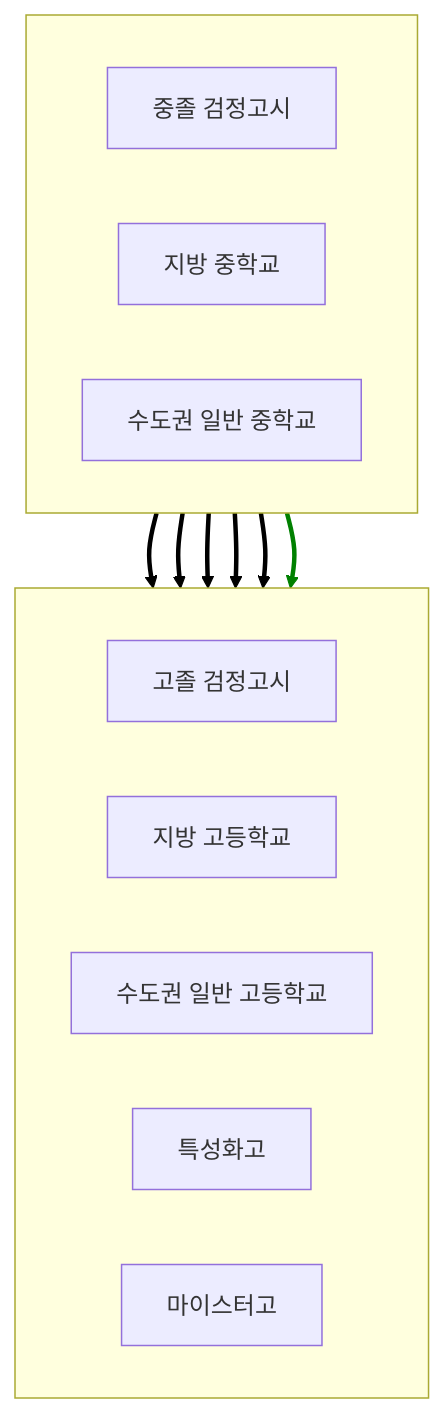
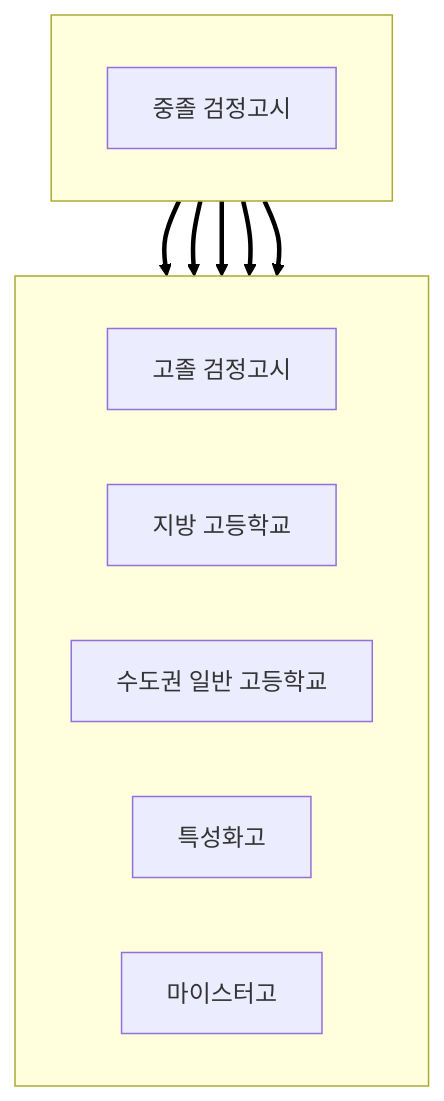
Before and after one commit to Doyouwanttoliveforever/Doyouwanttoliveforever.github.io: the second of 3 diagrams in _posts/2026-02-22-path guide for young students.md, drawn with Mermaid. The commit also changed other lines of this file, not shown here.

````diff
--- a/_posts/2026-02-22-path guide for young students.md
+++ b/_posts/2026-02-22-path guide for young students.md
@@ -54,34 +54,29 @@
 ```mermaid
 flowchart TD
 
     %% 중학교 레벨
     subgraph MiddleSchool [" "]
         direction LR
         A[중졸 검정고시]
-        D[지방 중학교]
-        F[수도권 일반 중학교]
     end
 
     %% 고등학교 레벨
     subgraph HighSchool [" "]
         direction LR
         B[고졸 검정고시]
         E[지방 고등학교]
         G[수도권 일반 고등학교]
         H[특성화고]
         I[마이스터고]
     end
 
     %% 연결 관계
     A --> B
     A --> E
     A --> G
     A --> H
     A --> I
 
-    D --> G
-
     %% 화살표 색 변경
     linkStyle 0,1,2,3,4 stroke:black,stroke-width:3px
-    linkStyle 5 stroke:green,stroke-width:3px
 ```
````
